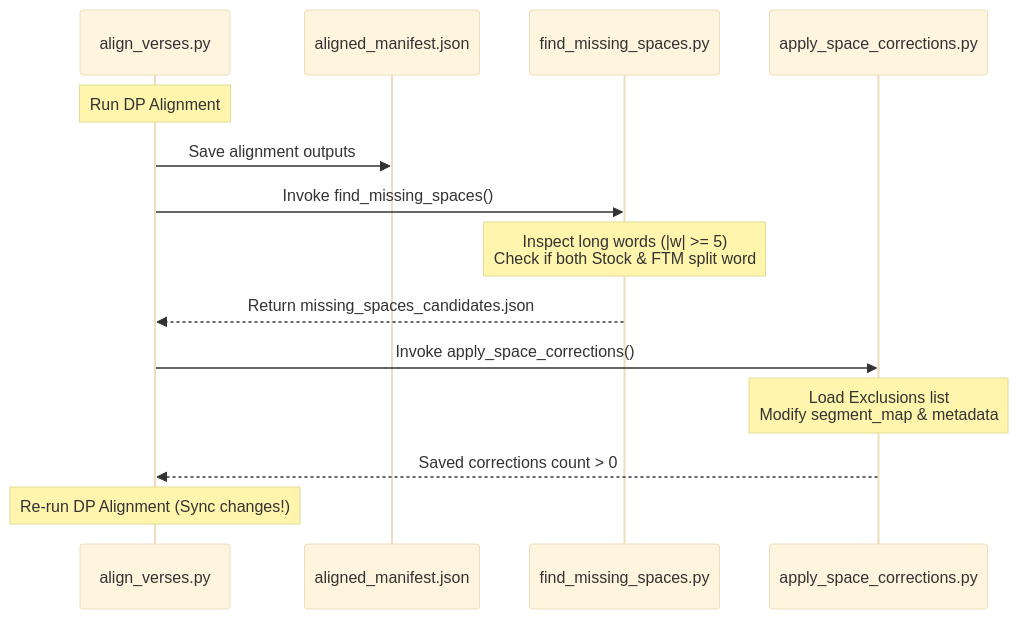
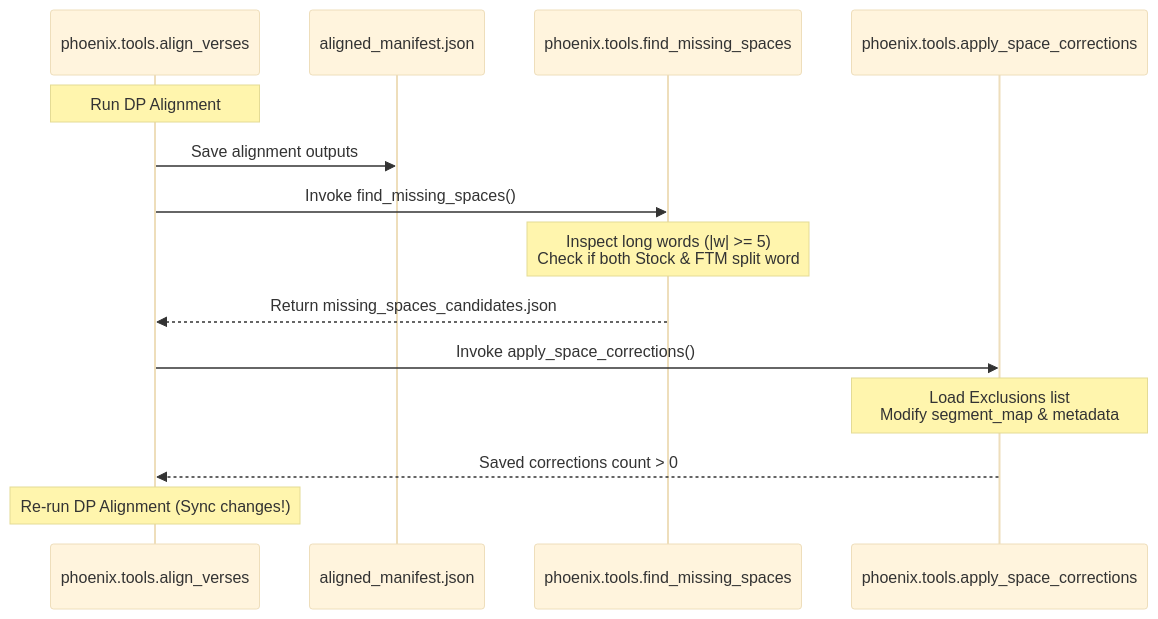
One commit to CharlieMcVicker/chr-ocr changed the second of 2 diagrams in backlog/docs/guides/cnt-integration.md. Above: the diagram before and after it, drawn with Mermaid (base theme). The commit also changed other lines of this file and 11 other files, not shown here.

````diff
--- a/backlog/docs/guides/cnt-integration.md
+++ b/backlog/docs/guides/cnt-integration.md
@@ -158,17 +158,17 @@
 ```mermaid
 sequenceDiagram
-    participant Align as align_verses.py
+    participant Align as phoenix.tools.align_verses
     participant Manifest as aligned_manifest.json
-    participant Find as find_missing_spaces.py
-    participant Apply as apply_space_corrections.py
+    participant Find as phoenix.tools.find_missing_spaces
+    participant Apply as phoenix.tools.apply_space_corrections
     
     Note over Align: Run DP Alignment
     Align->>Manifest: Save alignment outputs
     Align->>Find: Invoke find_missing_spaces()
     Note over Find: Inspect long words (|w| >= 5)<br/>Check if both Stock & FTM split word
     Find-->>Align: Return missing_spaces_candidates.json
     Align->>Apply: Invoke apply_space_corrections()
     Note over Apply: Load Exclusions list<br/>Modify segment_map & metadata
     Apply-->>Align: Saved corrections count > 0
     Note over Align: Re-run DP Alignment (Sync changes!)
 ```
````
